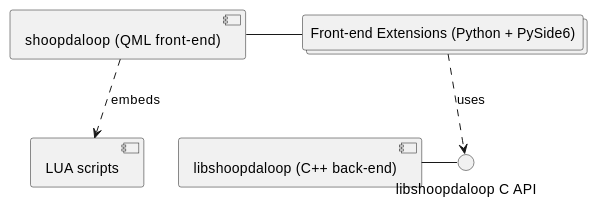
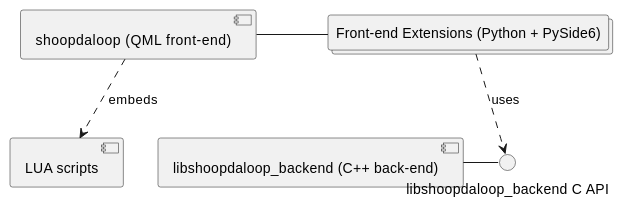
Before and after one commit to SanderVocke/shoopdaloop: the diagram in docs/source/developers.software.rst, drawn with PlantUML. The commit also changed other lines of this file and 706 other files, not shown here.

```diff
--- a/docs/source/developers.software.rst
+++ b/docs/source/developers.software.rst
@@ -9,23 +9,23 @@
 .. uml::
     :caption: Overall software stack
 
     component backend [
-        libshoopdaloop (C++ back-end)
+        libshoopdaloop_backend (C++ back-end)
     ]
     component frontend [
         shoopdaloop (QML front-end)
     ]
     collections extensions [
         Front-end Extensions (Python + PySide6)
     ]
     interface interface [
-        libshoopdaloop C API
+        libshoopdaloop_backend C API
     ]
     component scripting [
         LUA scripts
     ]
 
     backend - interface
     extensions ..> interface : uses
     frontend - extensions
     frontend ..> scripting : embeds
```
